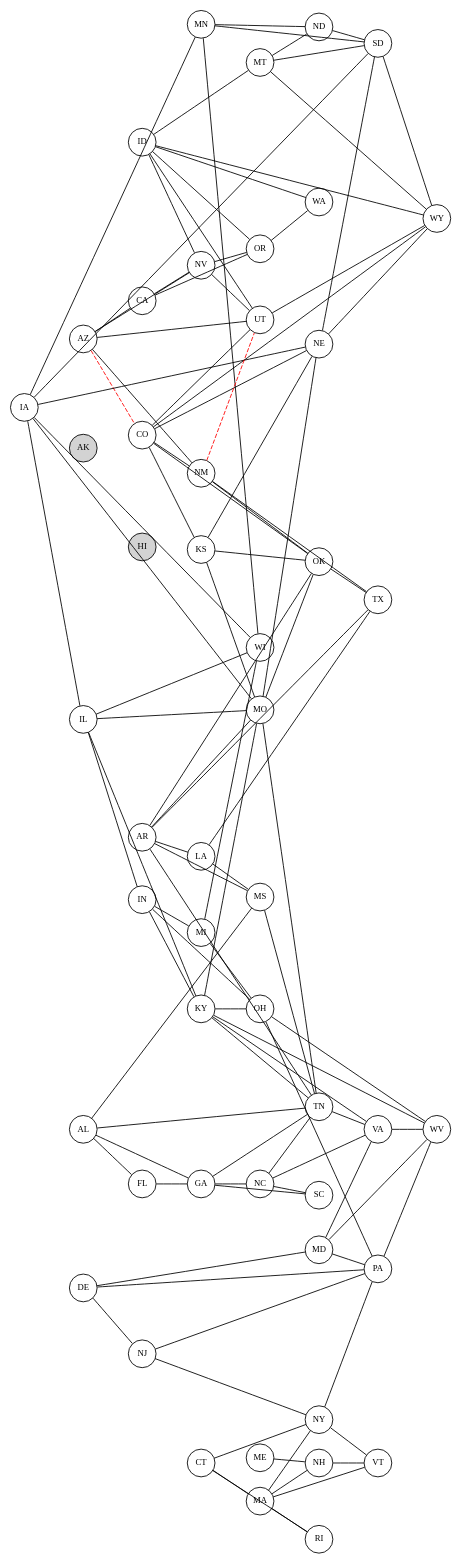
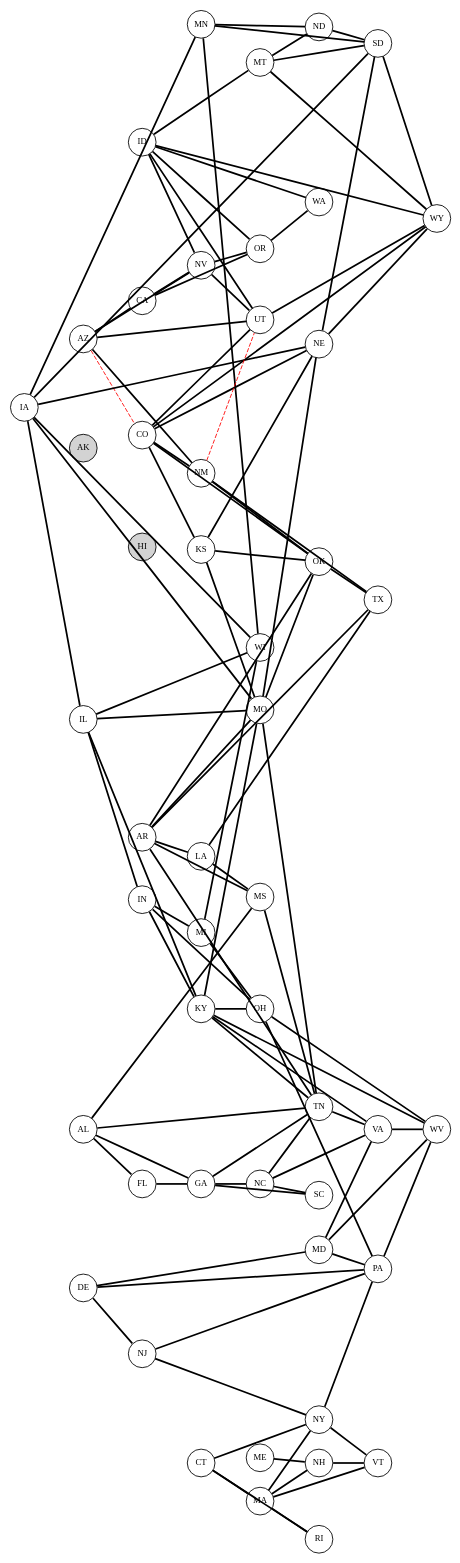
One commit to jaycoskey/DataVisualization changed the diagram in states_springs.dot. Above: the diagram before and after it, drawn with Graphviz. The commit also changed 9 other files, not shown here.

```diff
--- a/states_springs.dot
+++ b/states_springs.dot
@@ -1,172 +1,172 @@
 strict graph States {
     rankdir=LR
     splines=line
     node [fixedsize=true fontsize=10 height=0.45 width=0.45]
     penwidth=5
 
     AK [pos="-119.00,31.00" style=filled fillcolor=lightgray]
     AL [pos="-86.90,32.32"]
     AR [pos="-91.83,35.20"]
     AZ [pos="-111.09,34.05"]
     CA [pos="-119.42,36.78"]
     CO [pos="-105.78,39.55"]
     CT [pos="-73.09,41.60"]
     DE [pos="-75.53,38.91"]
     FL [pos="-81.52,27.66"]
     GA [pos="-82.91,32.16"]
     HI [pos="-111.00,31.00" style=filled fillcolor=lightgray]
     IA [pos="-93.10,41.88"]
     ID [pos="-114.74,44.07"]
     IL [pos="-89.40,40.63"]
     IN [pos="-85.60,40.55"]
     KS [pos="-98.48,39.01"]
     KY [pos="-84.27,37.84"]
     LA [pos="-92.15,31.24"]
     MA [pos="-71.38,42.41"]
     MD [pos="-76.64,39.05"]
     ME [pos="-69.45,45.25"]
     MI [pos="-85.60,44.31"]
     MN [pos="-94.69,46.73"]
     MO [pos="-91.83,37.96"]
     MS [pos="-89.40,32.35"]
     MT [pos="-110.36,46.88"]
     NC [pos="-79.02,35.76"]
     ND [pos="-101.00,47.55"]
     NE [pos="-99.90,41.49"]
     NH [pos="-71.57,43.19"]
     NJ [pos="-74.41,40.06"]
     NM [pos="-105.03,34.97"]
     NV [pos="-116.42,38.80"]
     NY [pos="-74.22,43.30"]
     OH [pos="-82.91,40.42"]
     OK [pos="-97.09,35.01"]
     OR [pos="-120.55,43.80"]
     PA [pos="-77.19,41.20"]
     RI [pos="-71.48,41.58"]
     SC [pos="-81.16,33.84"]
     SD [pos="-99.90,43.97"]
     TN [pos="-86.58,35.52"]
     TX [pos="-99.90,31.97"]
     UT [pos="-111.09,39.32"]
     VA [pos="-78.66,37.43"]
     VT [pos="-72.58,44.56"]
     WA [pos="-120.74,47.75"]
     WI [pos="-88.79,43.78"]
     WV [pos="-80.45,38.60"]
     WY [pos="-107.29,43.08"]
 
-    AL -- FL
-    AL -- GA
-    AL -- MS
-    AL -- TN
-    AR -- LA
-    AR -- MO
-    AR -- MS
-    AR -- OK
-    AR -- TN
-    AR -- TX
-    AZ -- CA
-    AZ -- NM
-    AZ -- NV
-    AZ -- UT
-    CA -- NV
-    CA -- OR
-    CO -- KS
-    CO -- NE
-    CO -- NM
-    CO -- OK
-    CO -- UT
-    CO -- WY
-    CT -- MA
-    CT -- NY
-    CT -- RI
-    DE -- MD
-    DE -- NJ
-    DE -- PA
-    FL -- GA
-    GA -- NC
-    GA -- SC
-    GA -- TN
-    IA -- IL
-    IA -- MN
-    IA -- MO
-    IA -- NE
-    IA -- SD
-    IA -- WI
-    ID -- MT
-    ID -- NV
-    ID -- OR
-    ID -- UT
-    ID -- WA
-    ID -- WY
-    IL -- IN
-    IL -- KY
-    IL -- MO
-    IL -- WI
-    IN -- KY
-    IN -- MI
-    IN -- OH
-    KS -- MO
-    KS -- NE
-    KS -- OK
-    KY -- MO
-    KY -- OH
-    KY -- TN
-    KY -- VA
-    KY -- WV
-    LA -- MS
-    LA -- TX
-    MA -- NH
-    MA -- NY
-    MA -- RI
-    MA -- VT
-    MD -- PA
-    MD -- VA
-    MD -- WV
-    ME -- NH
-    MI -- OH
-    MI -- WI
-    MN -- ND
-    MN -- SD
-    MN -- WI
-    MO -- NE
-    MO -- OK
-    MO -- TN
-    MS -- TN
-    MT -- ND
-    MT -- SD
-    MT -- WY
-    NC -- SC
-    NC -- TN
-    NC -- VA
-    ND -- SD
-    NE -- SD
-    NE -- WY
-    NH -- VT
-    NJ -- NY
-    NJ -- PA
-    NM -- OK
-    NM -- TX
-    NV -- OR
-    NV -- UT
-    NY -- PA
-    NY -- VT
-    OH -- PA
-    OH -- WV
-    OK -- TX
-    OR -- WA
-    PA -- WV
-    SD -- WY
-    TN -- VA
-    UT -- WY
-    VA -- WV
+    AL -- FL [style=bold]
+    AL -- GA [style=bold]
+    AL -- MS [style=bold]
+    AL -- TN [style=bold]
+    AR -- LA [style=bold]
+    AR -- MO [style=bold]
+    AR -- MS [style=bold]
+    AR -- OK [style=bold]
+    AR -- TN [style=bold]
+    AR -- TX [style=bold]
+    AZ -- CA [style=bold]
+    AZ -- NM [style=bold]
+    AZ -- NV [style=bold]
+    AZ -- UT [style=bold]
+    CA -- NV [style=bold]
+    CA -- OR [style=bold]
+    CO -- KS [style=bold]
+    CO -- NE [style=bold]
+    CO -- NM [style=bold]
+    CO -- OK [style=bold]
+    CO -- UT [style=bold]
+    CO -- WY [style=bold]
+    CT -- MA [style=bold]
+    CT -- NY [style=bold]
+    CT -- RI [style=bold]
+    DE -- MD [style=bold]
+    DE -- NJ [style=bold]
+    DE -- PA [style=bold]
+    FL -- GA [style=bold]
+    GA -- NC [style=bold]
+    GA -- SC [style=bold]
+    GA -- TN [style=bold]
+    IA -- IL [style=bold]
+    IA -- MN [style=bold]
+    IA -- MO [style=bold]
+    IA -- NE [style=bold]
+    IA -- SD [style=bold]
+    IA -- WI [style=bold]
+    ID -- MT [style=bold]
+    ID -- NV [style=bold]
+    ID -- OR [style=bold]
+    ID -- UT [style=bold]
+    ID -- WA [style=bold]
+    ID -- WY [style=bold]
+    IL -- IN [style=bold]
+    IL -- KY [style=bold]
+    IL -- MO [style=bold]
+    IL -- WI [style=bold]
+    IN -- KY [style=bold]
+    IN -- MI [style=bold]
+    IN -- OH [style=bold]
+    KS -- MO [style=bold]
+    KS -- NE [style=bold]
+    KS -- OK [style=bold]
+    KY -- MO [style=bold]
+    KY -- OH [style=bold]
+    KY -- TN [style=bold]
+    KY -- VA [style=bold]
+    KY -- WV [style=bold]
+    LA -- MS [style=bold]
+    LA -- TX [style=bold]
+    MA -- NH [style=bold]
+    MA -- NY [style=bold]
+    MA -- RI [style=bold]
+    MA -- VT [style=bold]
+    MD -- PA [style=bold]
+    MD -- VA [style=bold]
+    MD -- WV [style=bold]
+    ME -- NH [style=bold]
+    MI -- OH [style=bold]
+    MI -- WI [style=bold]
+    MN -- ND [style=bold]
+    MN -- SD [style=bold]
+    MN -- WI [style=bold]
+    MO -- NE [style=bold]
+    MO -- OK [style=bold]
+    MO -- TN [style=bold]
+    MS -- TN [style=bold]
+    MT -- ND [style=bold]
+    MT -- SD [style=bold]
+    MT -- WY [style=bold]
+    NC -- SC [style=bold]
+    NC -- TN [style=bold]
+    NC -- VA [style=bold]
+    ND -- SD [style=bold]
+    NE -- SD [style=bold]
+    NE -- WY [style=bold]
+    NH -- VT [style=bold]
+    NJ -- NY [style=bold]
+    NJ -- PA [style=bold]
+    NM -- OK [style=bold]
+    NM -- TX [style=bold]
+    NV -- OR [style=bold]
+    NV -- UT [style=bold]
+    NY -- PA [style=bold]
+    NY -- VT [style=bold]
+    OH -- PA [style=bold]
+    OH -- WV [style=bold]
+    OK -- TX [style=bold]
+    OR -- WA [style=bold]
+    PA -- WV [style=bold]
+    SD -- WY [style=bold]
+    TN -- VA [style=bold]
+    UT -- WY [style=bold]
+    VA -- WV [style=bold]
 
     AZ -- CO [color=red style=dashed]
     NM -- UT [color=red style=dashed]
 
     AK -- HI [style=invis]
     AK -- CA [style=invis]
     HI -- TX [style=invis]
     NJ -- CT [style=invis]
     NJ -- MD [style=invis]
 }
```
